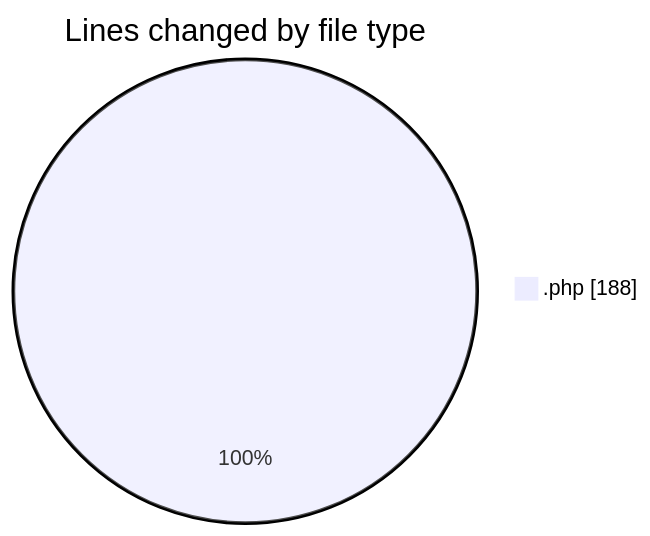
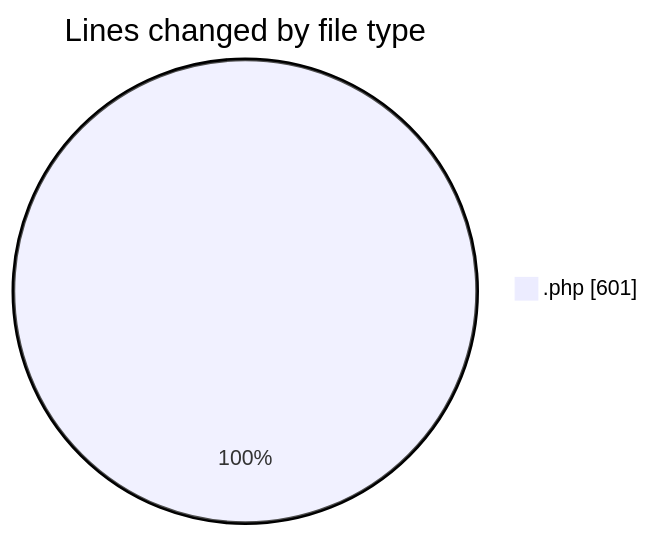
One commit to LanceThiago/code-tracking changed the first of 2 diagrams in 2026-01-28/smto/README.md. Above: the diagram before and after it, drawn with Mermaid. The commit also changed other lines of this file and 1 other file, not shown here.

````diff
--- a/2026-01-28/smto/README.md
+++ b/2026-01-28/smto/README.md
@@ -20,5 +21,5 @@
 ```mermaid
 pie showData
 title Lines changed by file type
-".php" : 188
+".php" : 601
 ```
````
